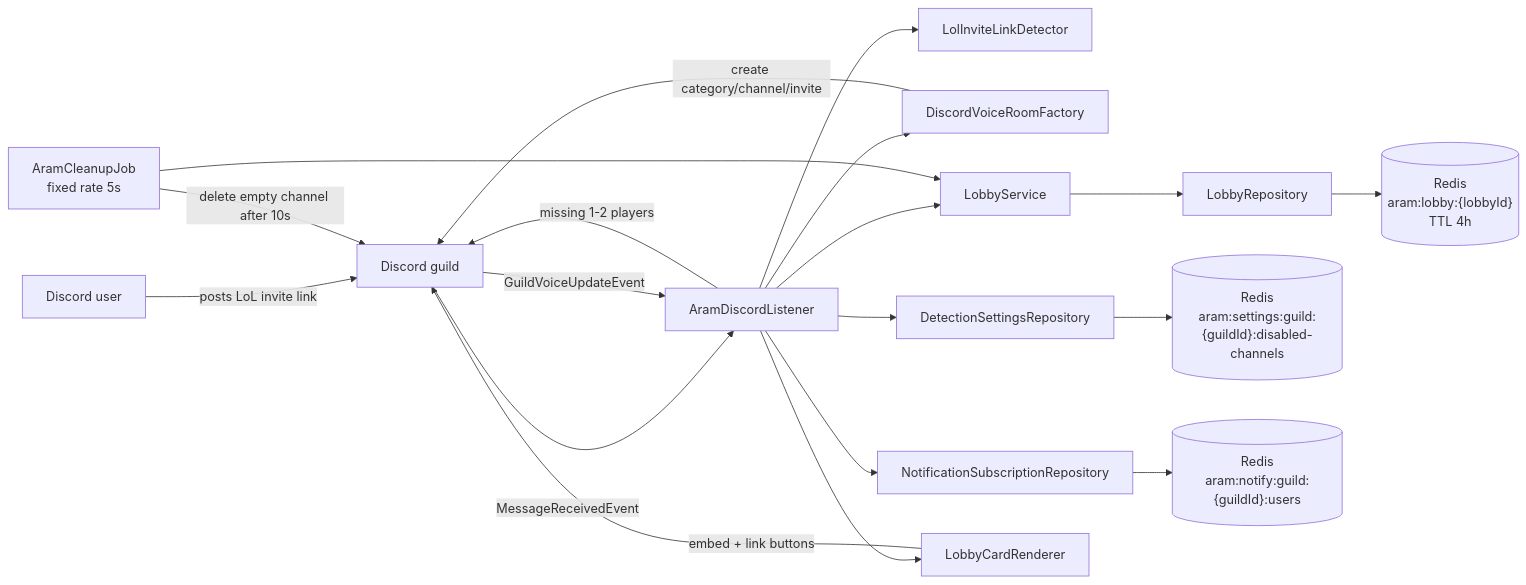
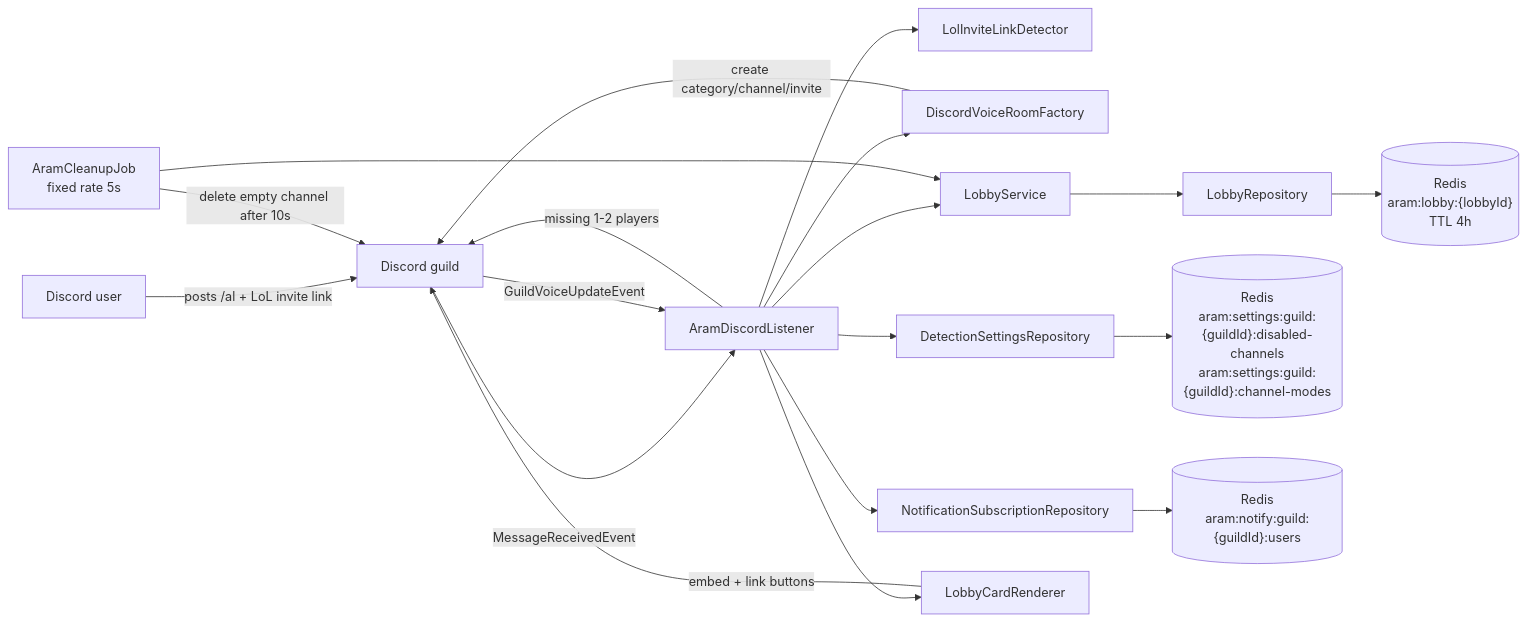
The first of 2 diagrams in docs/technical-design.md (Eddie425/aram-lobby-bot), drawn with Mermaid before and after one commit. The commit also changed other lines of this file and 11 other files, not shown here.

````diff
--- a/docs/technical-design.md
+++ b/docs/technical-design.md
@@ -11,22 +11,22 @@
 ```mermaid
 flowchart LR
-    user["Discord user"] -->|posts LoL invite link| discord["Discord guild"]
+    user["Discord user"] -->|posts /al + LoL invite link| discord["Discord guild"]
     discord -->|MessageReceivedEvent| listener["AramDiscordListener"]
     listener --> detector["LolInviteLinkDetector"]
     listener --> voiceFactory["DiscordVoiceRoomFactory"]
     voiceFactory -->|create category/channel/invite| discord
     listener --> service["LobbyService"]
     listener --> settings["DetectionSettingsRepository"]
     listener --> notifyRepo["NotificationSubscriptionRepository"]
     service --> repo["LobbyRepository"]
     repo --> redis[("Redis\naram:lobby:{lobbyId}\nTTL 4h")]
-    settings --> redisSettings[("Redis\naram:settings:guild:{guildId}:disabled-channels")]
+    settings --> redisSettings[("Redis\naram:settings:guild:{guildId}:disabled-channels\naram:settings:guild:{guildId}:channel-modes")]
     notifyRepo --> redisNotify[("Redis\naram:notify:guild:{guildId}:users")]
     listener --> renderer["LobbyCardRenderer"]
     renderer -->|embed + link buttons| discord
 
     discord -->|GuildVoiceUpdateEvent| listener
     listener -->|missing 1-2 players| discord
     cleanup["AramCleanupJob\nfixed rate 5s"] --> service
     cleanup -->|delete empty channel after 10s| discord
 ```
````
